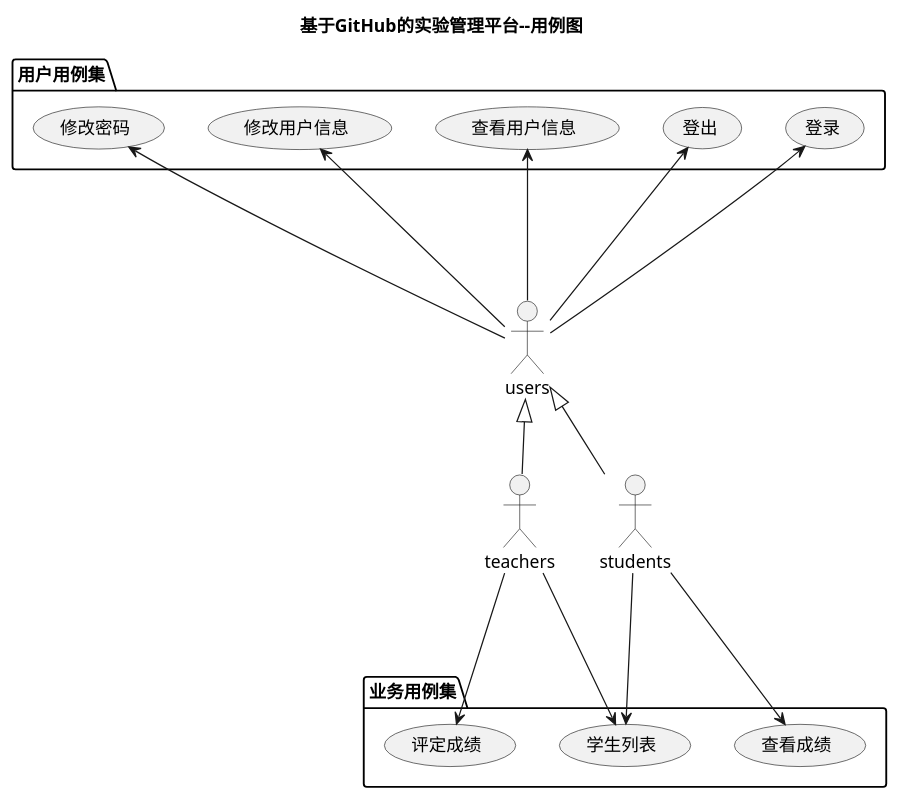
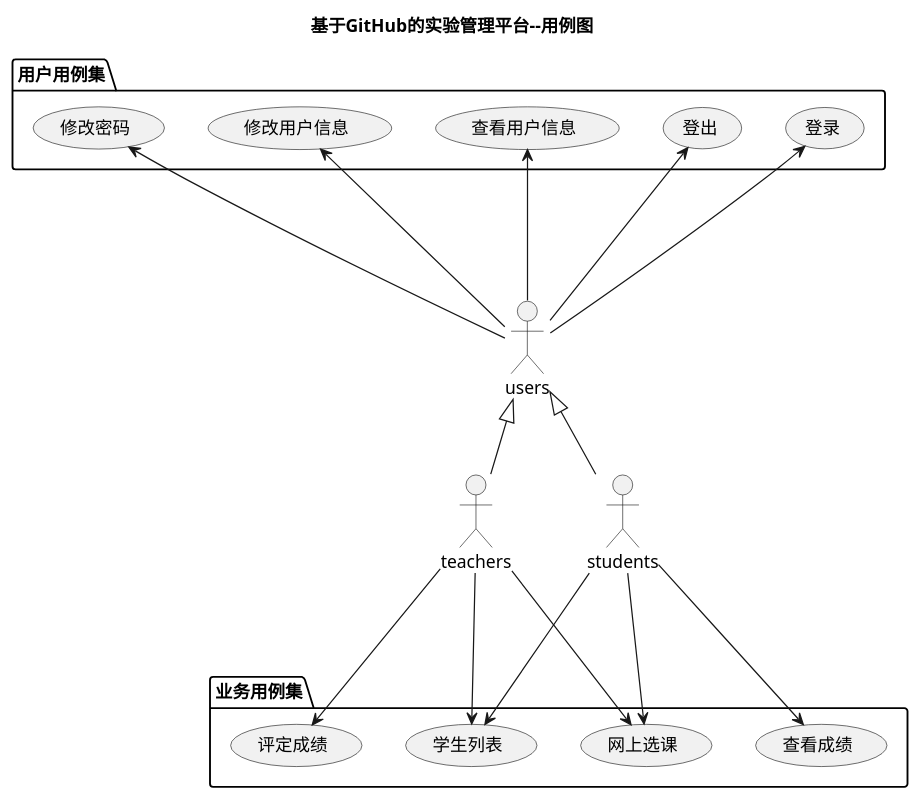
The diagram in test6/src/UseCase.puml (zhouboling/is_analysis), drawn with PlantUML before and after one commit. The commit also changed 16 other files, not shown here.

```diff
--- a/test6/src/UseCase.puml
+++ b/test6/src/UseCase.puml
@@ -1,23 +1,25 @@
 @startuml
 title 基于GitHub的实验管理平台--用例图
 actor teachers
 actor students
 actor users
 users <|-- teachers
 users <|-- students
 
 package 用户用例集 {
 users --up-> (登录)
 users --up-> (登出)
 users --up-> (查看用户信息)
 users --up-> (修改用户信息)
 users --up-> (修改密码)
 }
 package 业务用例集 {
 teachers ---> (评定成绩)
 teachers ---> (学生列表)
+teachers ---> (网上选课)
 students ---> (学生列表)
 students ---> (查看成绩)
+students ---> (网上选课)
 }
 
 @enduml
```
